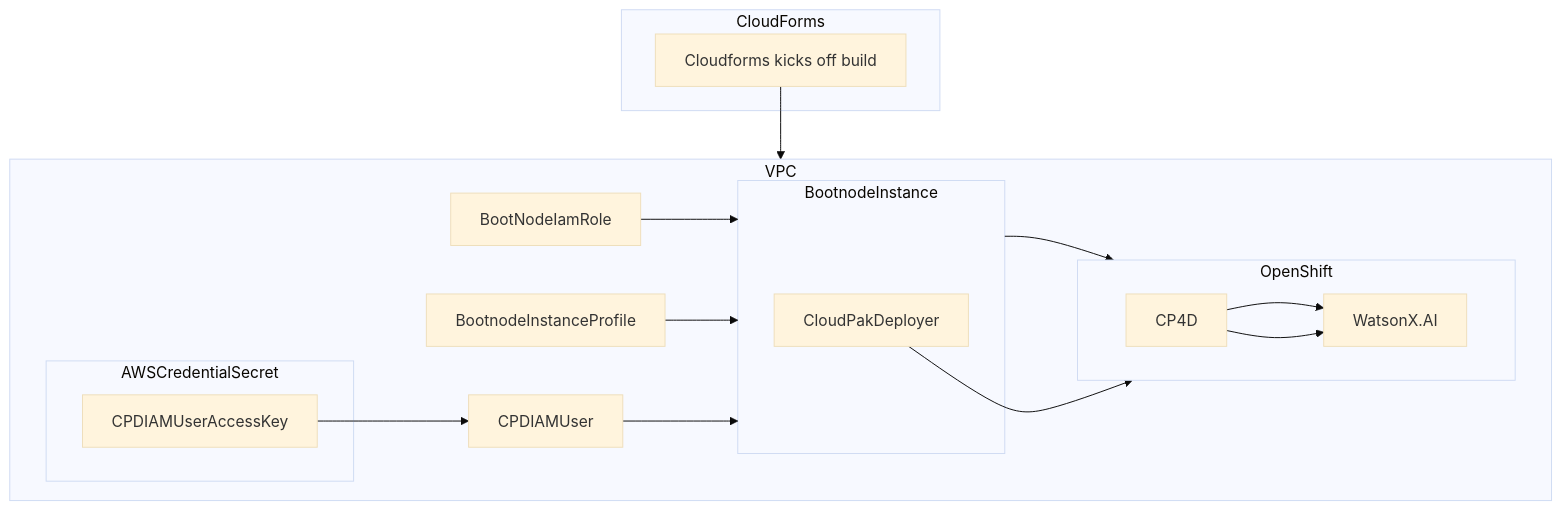
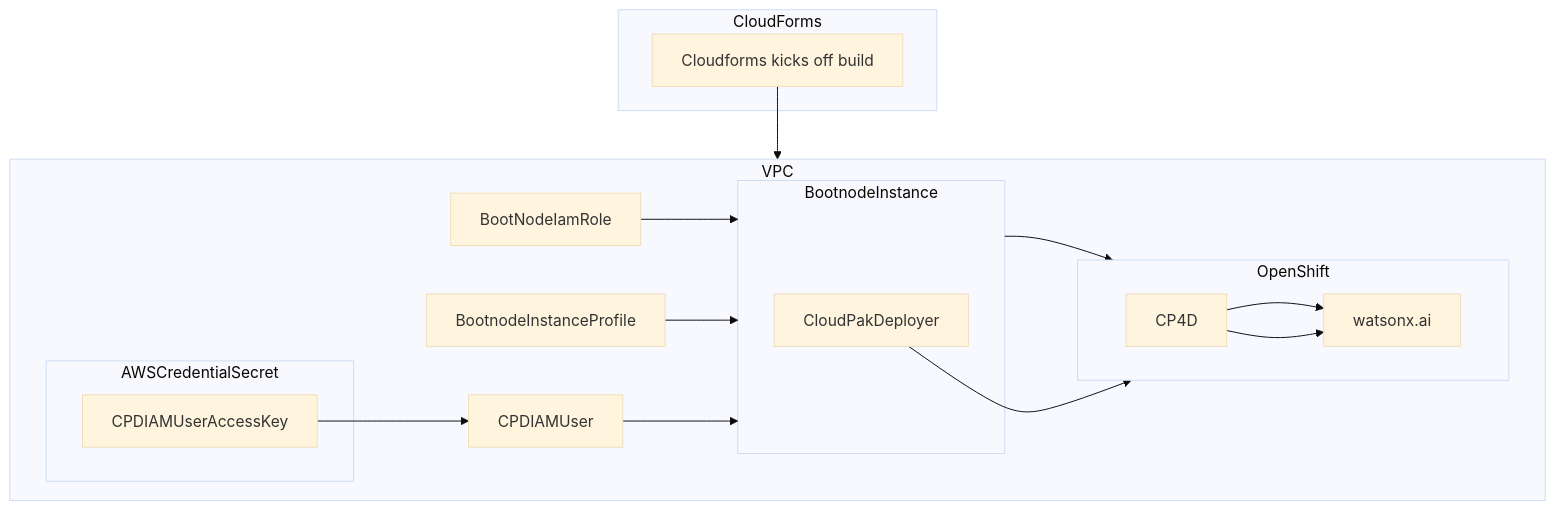
The diagram in docs/1-Prepare/1-Architect.mdx (ibm-client-engineering/solution-wxai-aws), drawn with Mermaid (base theme) before and after one commit. The commit also changed other lines of this file, not shown here.

````diff
--- a/docs/1-Prepare/1-Architect.mdx
+++ b/docs/1-Prepare/1-Architect.mdx
@@ -76,37 +76,37 @@
 ```mermaid
 graph TD
 
 subgraph CloudForms
 CloudformStart
 end
 
 subgraph AWSCredentialSecret
 CPDIAMUserAccessKey
 end
 
 subgraph VPC
 AWSCredentialSecret["AWSCredentialSecret"]
 CPDIAMUser["CPDIAMUser"]
 BootNodeIamRole["BootNodeIamRole"]-->BootnodeInstance
 BootnodeInstanceProfile["BootnodeInstanceProfile"]-->BootnodeInstance
 BootnodeInstance-->OpenShift
 end
 
 
 
 subgraph BootnodeInstance
 CloudPakDeployer-->OpenShift
 end
 
 subgraph OpenShift
 CP4D-->wxai
 end
 
 CloudformStart["Cloudforms kicks off build"]-->VPC
 
 CPDIAMUserAccessKey["CPDIAMUserAccessKey"]-->CPDIAMUser-->BootnodeInstance
 BootnodeInstance["BootnodeInstance"]
 
 CP4D["CP4D"]-->wxai
-wxai["WatsonX.AI"]
+wxai["watsonx.ai"]
 ```
````
